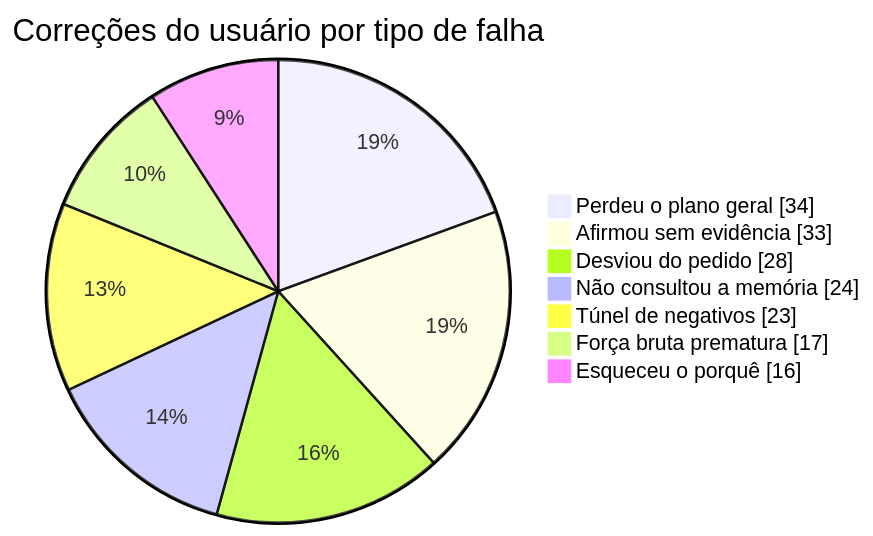
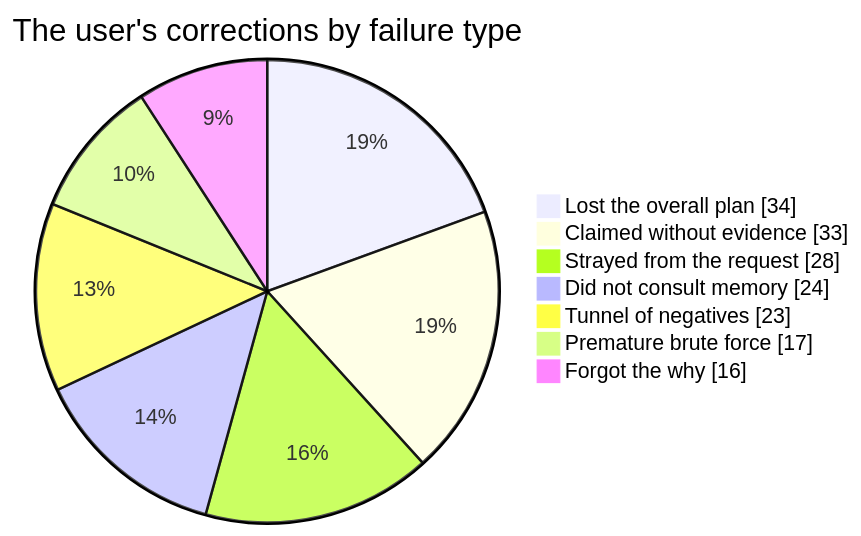
The diagram in LICOES.md (jhonymiler/holmes), drawn with Mermaid before and after one commit. The commit also changed other lines of this file and 34 other files, not shown here.

````diff
--- a/LICOES.md
+++ b/LICOES.md
@@ -43,11 +43,11 @@
 ```mermaid
 pie showData
-    title Correções do usuário por tipo de falha
-    "Perdeu o plano geral" : 34
-    "Afirmou sem evidência" : 33
-    "Desviou do pedido" : 28
-    "Não consultou a memória" : 24
-    "Túnel de negativos" : 23
-    "Força bruta prematura" : 17
-    "Esqueceu o porquê" : 16
+    title The user's corrections by failure type
+    "Lost the overall plan" : 34
+    "Claimed without evidence" : 33
+    "Strayed from the request" : 28
+    "Did not consult memory" : 24
+    "Tunnel of negatives" : 23
+    "Premature brute force" : 17
+    "Forgot the why" : 16
 ```
````
